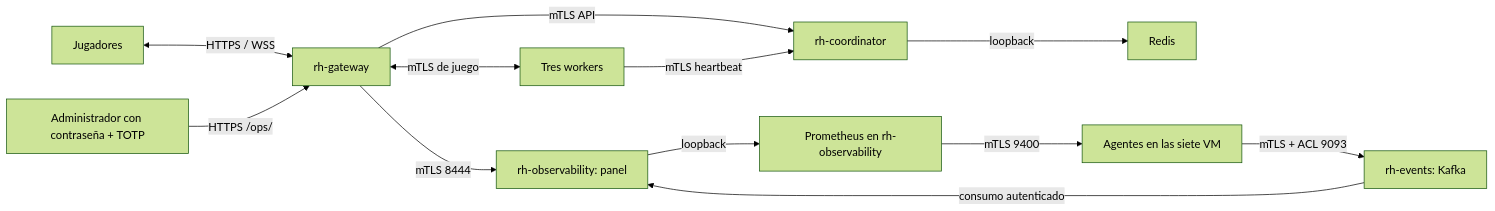
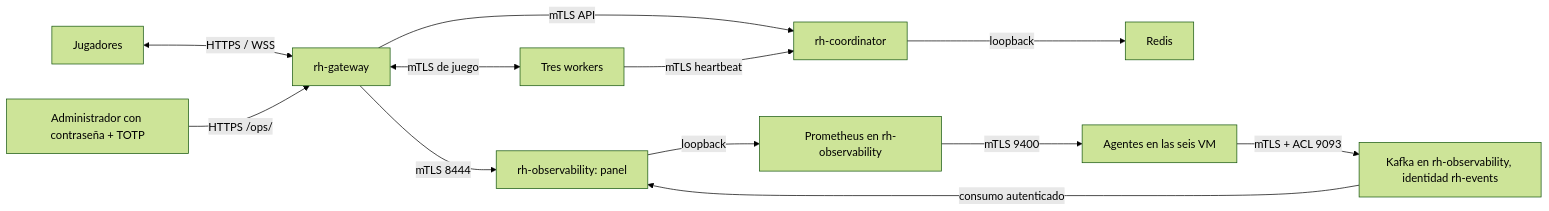
One commit to DylanSantiagoRodriguez/RedHorizon changed the diagram in docs/observability/ESTADO.md. Above: the diagram before and after it, drawn with Mermaid (forest theme). The commit also changed other lines of this file and 3 other files, not shown here.

Commit message:
Record live AWS panel verification with game traffic and Kafka events

````diff
--- a/docs/observability/ESTADO.md
+++ b/docs/observability/ESTADO.md
@@ -21,14 +21,14 @@
 ```mermaid
 flowchart LR
   U[Jugadores] <-->|HTTPS / WSS| G[rh-gateway]
   G <-->|mTLS de juego| W[Tres workers]
   G -->|mTLS API| C[rh-coordinator]
   W -->|mTLS heartbeat| C
   C -->|loopback| R[Redis]
   A[Administrador con contraseña + TOTP] -->|HTTPS /ops/| G
   G -->|mTLS 8444| O[rh-observability: panel]
-  P[Prometheus en rh-observability] -->|mTLS 9400| E[Agentes en las siete VM]
-  E -->|mTLS + ACL 9093| K[rh-events: Kafka]
+  P[Prometheus en rh-observability] -->|mTLS 9400| E[Agentes en las seis VM]
+  E -->|mTLS + ACL 9093| K[Kafka en rh-observability, identidad rh-events]
   K -->|consumo autenticado| O
   O -->|loopback| P
 ```
````
